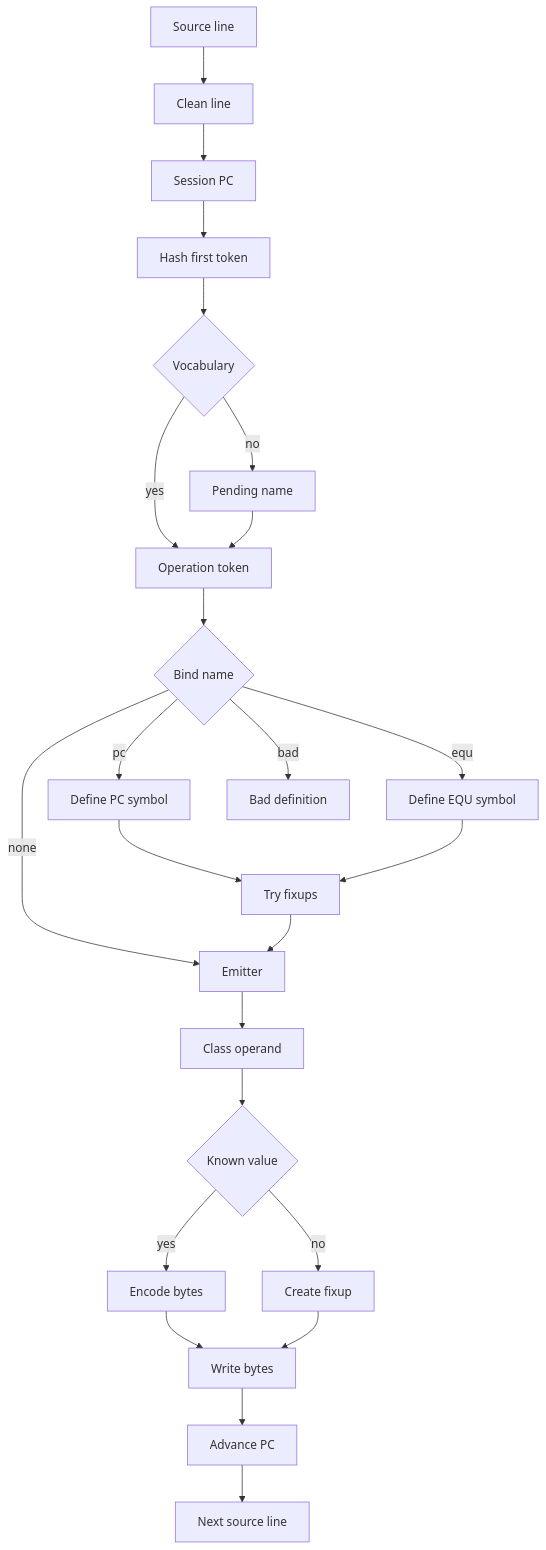
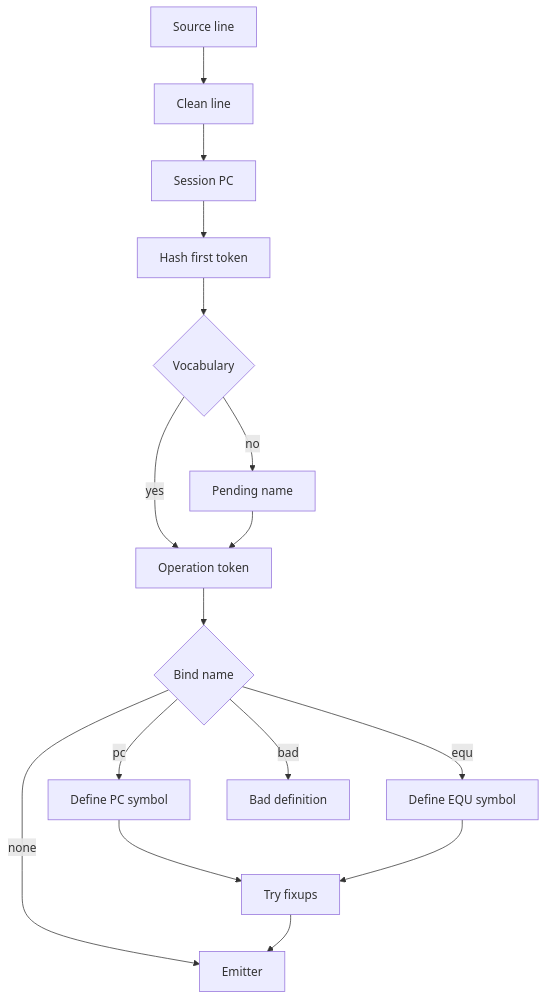
Before and after one commit to 95westus/R-YORS: the first of 11 diagrams in DOC/GUIDES/ASM/HASHED_ASM.md, drawn with Mermaid. The commit also changed other lines of this file and 59 other files, not shown here.

````diff
--- a/DOC/GUIDES/ASM/HASHED_ASM.md
+++ b/DOC/GUIDES/ASM/HASHED_ASM.md
@@ -2115,47 +2117,18 @@
 ```mermaid
 flowchart TD
-    LINE[Source line]
-    CLEAN[Clean line]
-    PC[Session PC]
-    FIRST[Hash first token]
-    VOCAB{Vocabulary}
-    OP[Operation token]
-    PENDING[Pending name]
-    BIND{Bind name}
-    DEFPC[Define PC symbol]
-    DEFEQU[Define EQU symbol]
-    BADDEF[Bad definition]
-    EMITTER[Emitter]
-    FIXTRY[Try fixups]
-    OPERAND[Class operand]
-    KNOWN{Known value}
-    ENCODE[Encode bytes]
-    MAKEFIX[Create fixup]
-    WRITE[Write bytes]
-    ADVANCE[Advance PC]
-    DONE[Next source line]
-
-    LINE --> CLEAN
-    CLEAN --> PC
-    PC --> FIRST
-    FIRST --> VOCAB
-    VOCAB -->|yes| OP
-    VOCAB -->|no| PENDING
+    LINE[Source line] --> CLEAN[Clean line]
+    CLEAN --> PC[Session PC]
+    PC --> FIRST[Hash first token]
+    FIRST --> VOCAB{Vocabulary}
+    VOCAB -->|yes| OP[Operation token]
+    VOCAB -->|no| PENDING[Pending name]
     PENDING --> OP
-    OP --> BIND
-    BIND -->|pc| DEFPC
-    BIND -->|equ| DEFEQU
-    BIND -->|bad| BADDEF
-    BIND -->|none| EMITTER
-    DEFPC --> FIXTRY
+    OP --> BIND{Bind name}
+    BIND -->|pc| DEFPC[Define PC symbol]
+    BIND -->|equ| DEFEQU[Define EQU symbol]
+    BIND -->|bad| BADDEF[Bad definition]
+    BIND -->|none| EMITTER[Emitter]
+    DEFPC --> FIXTRY[Try fixups]
     DEFEQU --> FIXTRY
     FIXTRY --> EMITTER
-    EMITTER --> OPERAND
-    OPERAND --> KNOWN
-    KNOWN -->|yes| ENCODE
-    KNOWN -->|no| MAKEFIX
-    ENCODE --> WRITE
-    MAKEFIX --> WRITE
-    WRITE --> ADVANCE
-    ADVANCE --> DONE
 ```
````
